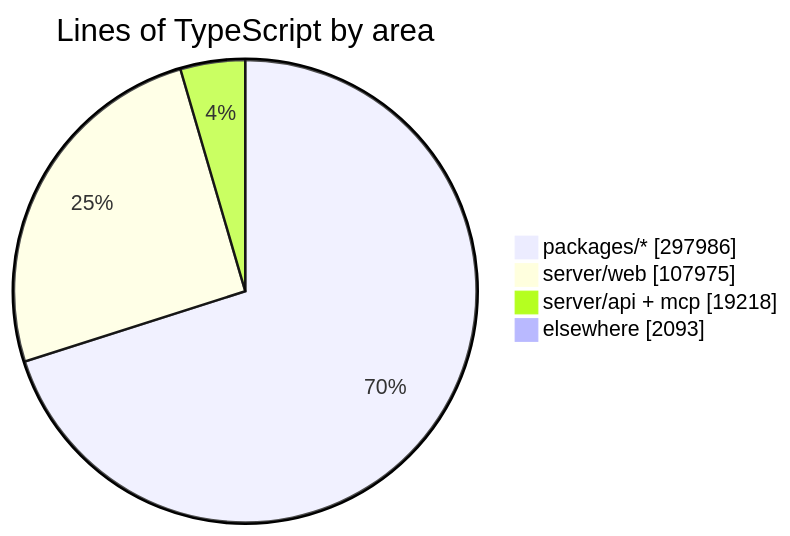
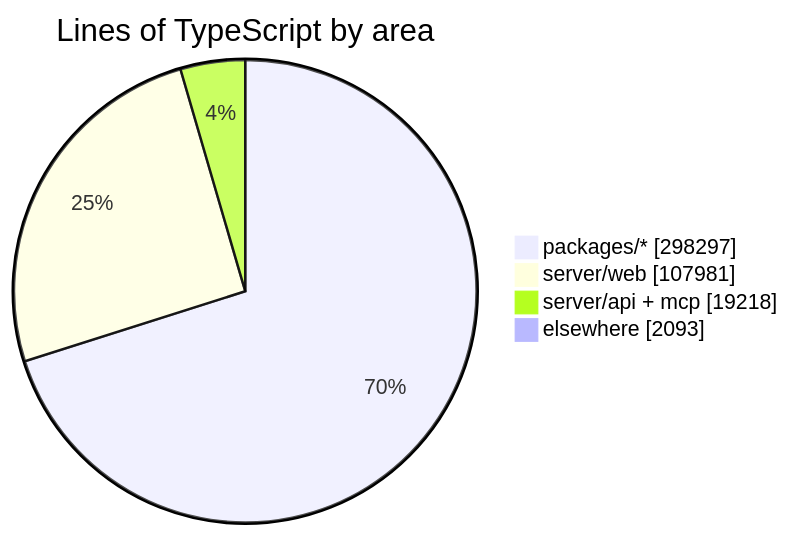
The diagram in README.md (crossworks-engineering/mantle), drawn with Mermaid before and after one commit. The commit also changed other lines of this file and 2 other files, not shown here.

````diff
--- a/README.md
+++ b/README.md
@@ -294,7 +294,7 @@
 ```mermaid
 pie showData title Lines of TypeScript by area
-    "packages/*" : 297986
-    "server/web" : 107975
+    "packages/*" : 298297
+    "server/web" : 107981
     "server/api + mcp" : 19218
     "elsewhere" : 2093
 ```
````
